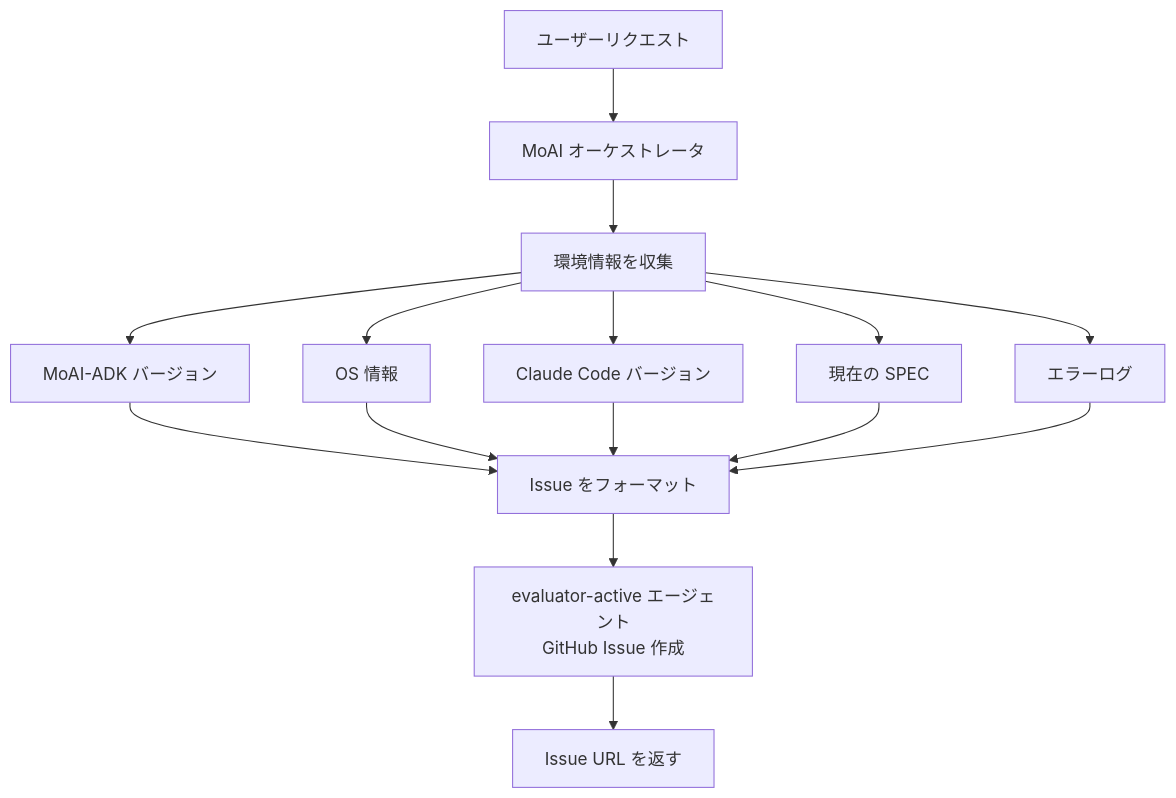
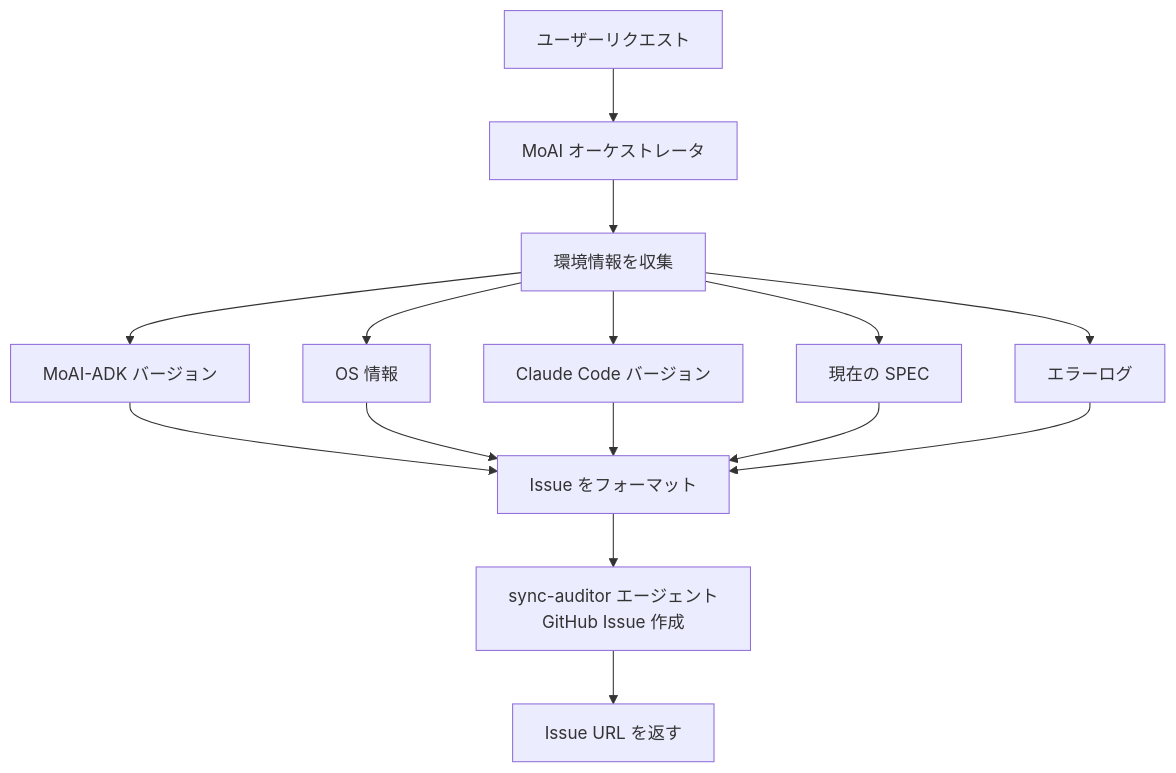
The second of 2 diagrams in docs-site/content/ja/utility-commands/moai-feedback.md (modu-ai/moai-adk), drawn with Mermaid before and after one commit. The commit also changed other lines of this file and 149 other files, not shown here.

First line of the commit message:
chore(agents): evaluator-active를 sync-auditor로 rename (plan-auditor phase 대칭)

````diff
--- a/docs-site/content/ja/utility-commands/moai-feedback.md
+++ b/docs-site/content/ja/utility-commands/moai-feedback.md
@@ -124,20 +124,20 @@
 ```mermaid
 flowchart TD
     User["ユーザーリクエスト"] --> Orchestrator["MoAI オーケストレータ"]
     Orchestrator --> Collect["環境情報を収集"]
 
     Collect --> Info1["MoAI-ADK バージョン"]
     Collect --> Info2["OS 情報"]
     Collect --> Info3["Claude Code バージョン"]
     Collect --> Info4["現在の SPEC"]
     Collect --> Info5["エラーログ"]
 
     Info1 --> Format["Issue をフォーマット"]
     Info2 --> Format
     Info3 --> Format
     Info4 --> Format
     Info5 --> Format
 
-    Format --> GitHub["evaluator-active エージェント<br/>GitHub Issue 作成"]
+    Format --> GitHub["sync-auditor エージェント<br/>GitHub Issue 作成"]
     GitHub --> Complete["Issue URL を返す"]
 ```
````
